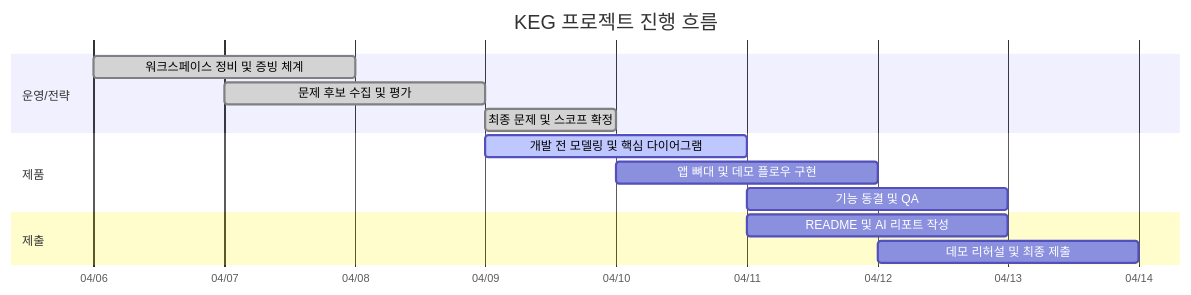
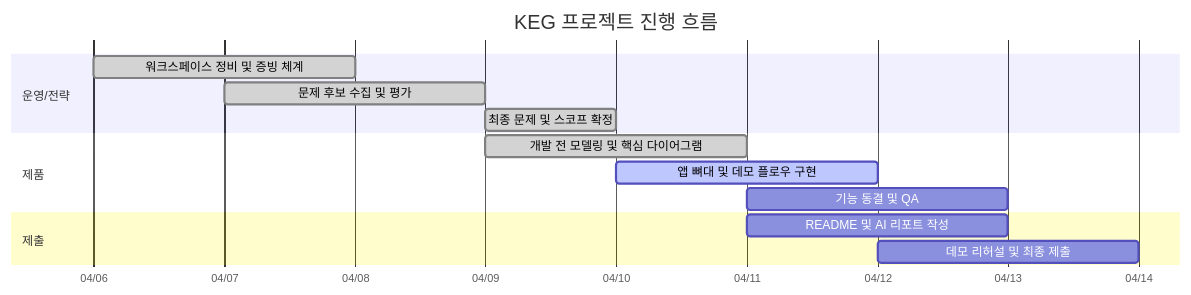
The diagram in _system/dashboard/project-dashboard.md (River-181/KEG-Mangsanggwedo), drawn with Mermaid before and after one commit. The commit also changed other lines of this file and 31 other files, not shown here.

````diff
--- a/_system/dashboard/project-dashboard.md
+++ b/_system/dashboard/project-dashboard.md
@@ -34,17 +34,17 @@
 ```mermaid
 gantt
     title KEG 프로젝트 진행 흐름
     dateFormat  YYYY-MM-DD
     axisFormat  %m/%d
     section 운영/전략
     워크스페이스 정비 및 증빙 체계 :done, a1, 2026-04-06, 2d
     문제 후보 수집 및 평가 :done, a2, 2026-04-07, 2d
     최종 문제 및 스코프 확정 :done, a3, 2026-04-09, 1d
     section 제품
-    개발 전 모델링 및 핵심 다이어그램 :active, a4, 2026-04-09, 2d
-    앱 뼈대 및 데모 플로우 구현 :a5, 2026-04-10, 2d
+    개발 전 모델링 및 핵심 다이어그램 :done, a4, 2026-04-09, 2d
+    앱 뼈대 및 데모 플로우 구현 :active, a5, 2026-04-10, 2d
     기능 동결 및 QA :a6, 2026-04-11, 2d
     section 제출
     README 및 AI 리포트 작성 :a7, 2026-04-11, 2d
     데모 리허설 및 최종 제출 :a8, 2026-04-12, 2d
 ```
````
